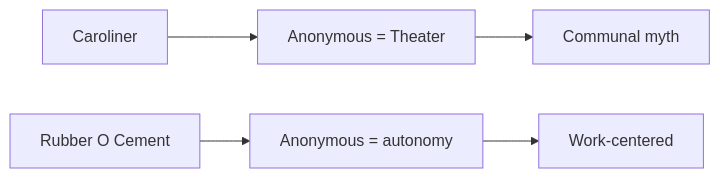
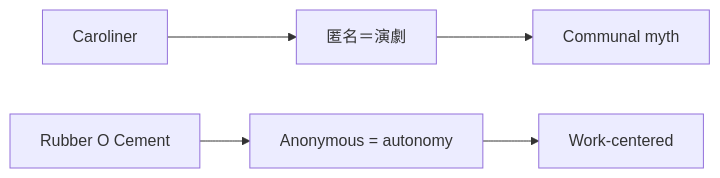
One commit to monumental-movement/monumental-movement.github.io changed the third of 9 diagrams in en/_posts/2026-07-07-column-angine-de-poitrine-caroliner-rubber-o-cement.md. Above: the diagram before and after it, drawn with Mermaid. The commit also changed other lines of this file and 1012 other files, not shown here.

```diff
--- a/en/_posts/2026-07-07-column-angine-de-poitrine-caroliner-rubber-o-cement.md
+++ b/en/_posts/2026-07-07-column-angine-de-poitrine-caroliner-rubber-o-cement.md
@@ -354,18 +354,18 @@
 <div class="mermaid">
 flowchart LR
 
 A["Caroliner"]
-B["Anonymous = Theater"]
+B["匿名＝演劇"]
 C["Communal myth"]
 
 D["Rubber O Cement"]
 E["Anonymous = autonomy"]
 F["Work-centered"]
 
 A --> B
 B --> C
 
 D --> E
 E --> F
 
 </div>
```
